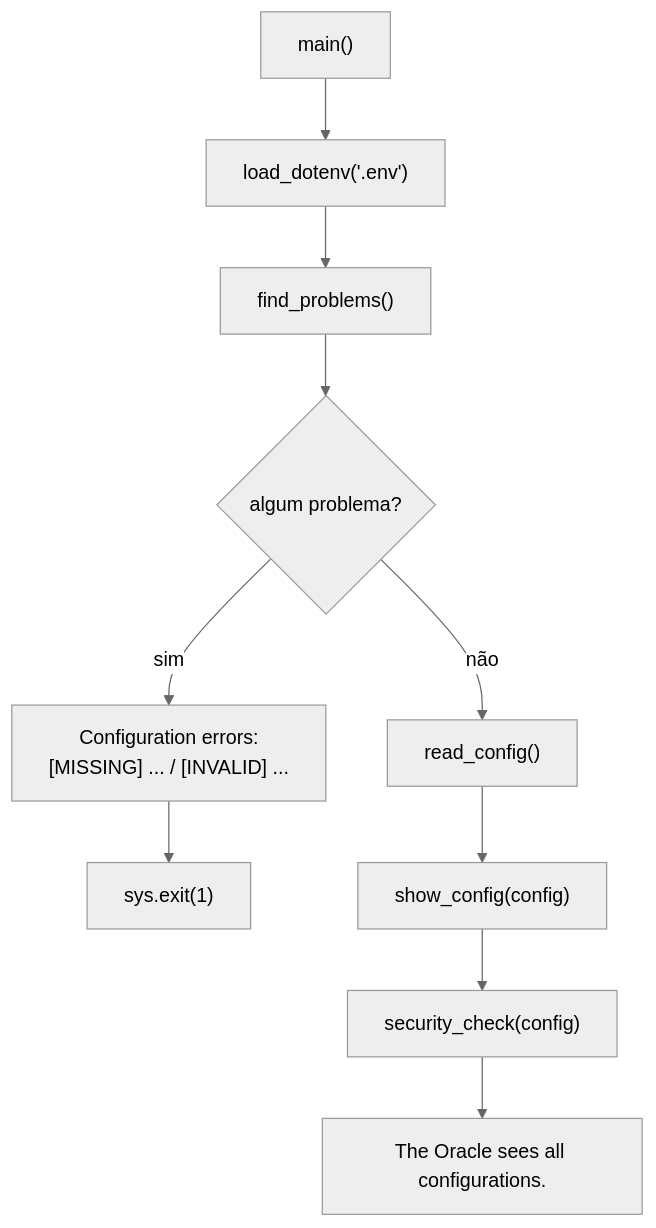
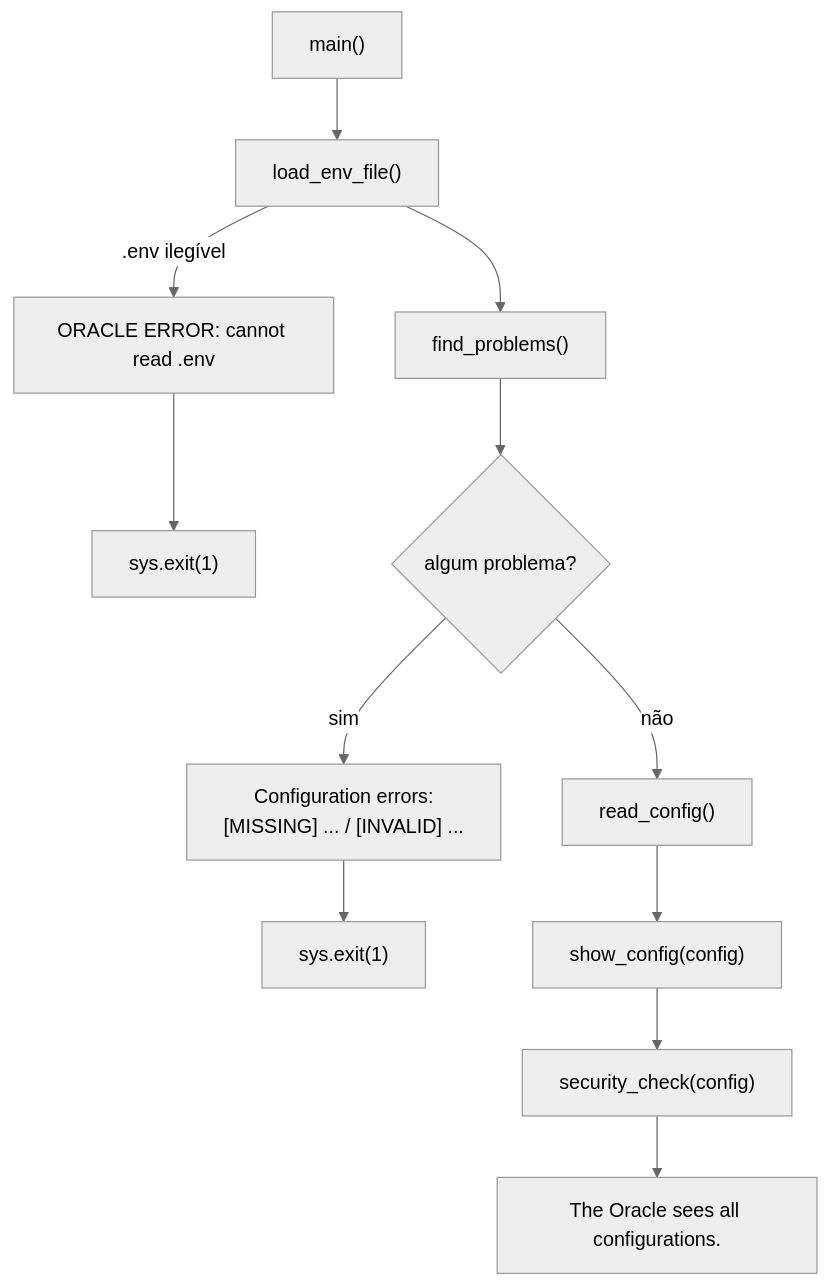
One commit to navegar-sistemas/dojo changed the diagram in python/python-modulo-08/tutorial/docs/05-ex2/08-o-main.md. Above: the diagram before and after it, drawn with Mermaid (neutral theme). The commit also changed other lines of this file and 44 other files, not shown here.

````diff
--- a/python/python-modulo-08/tutorial/docs/05-ex2/08-o-main.md
+++ b/python/python-modulo-08/tutorial/docs/05-ex2/08-o-main.md
@@ -45,11 +47,12 @@
 ```mermaid
 flowchart TD
-    start["main()"] --> load["load_dotenv('.env')"]
+    start["main()"] --> load["load_env_file()"]
+    load -->|".env ilegível"| errload["ORACLE ERROR: cannot read .env"] --> exit0["sys.exit(1)"]
     load --> fp["find_problems()"]
     fp --> q{"algum problema?"}
     q -->|sim| err["Configuration errors:<br/>[MISSING] ... / [INVALID] ..."] --> exit1["sys.exit(1)"]
     q -->|não| rc["read_config()"]
     rc --> show["show_config(config)"]
     show --> sec["security_check(config)"]
     sec --> end1["The Oracle sees all configurations."]
 ```
````
